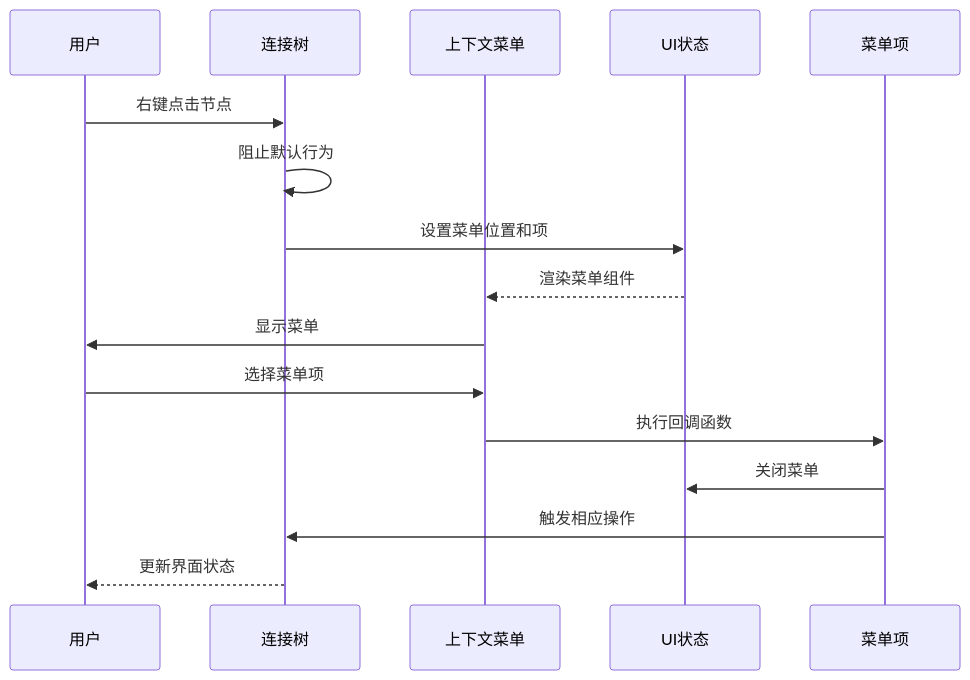
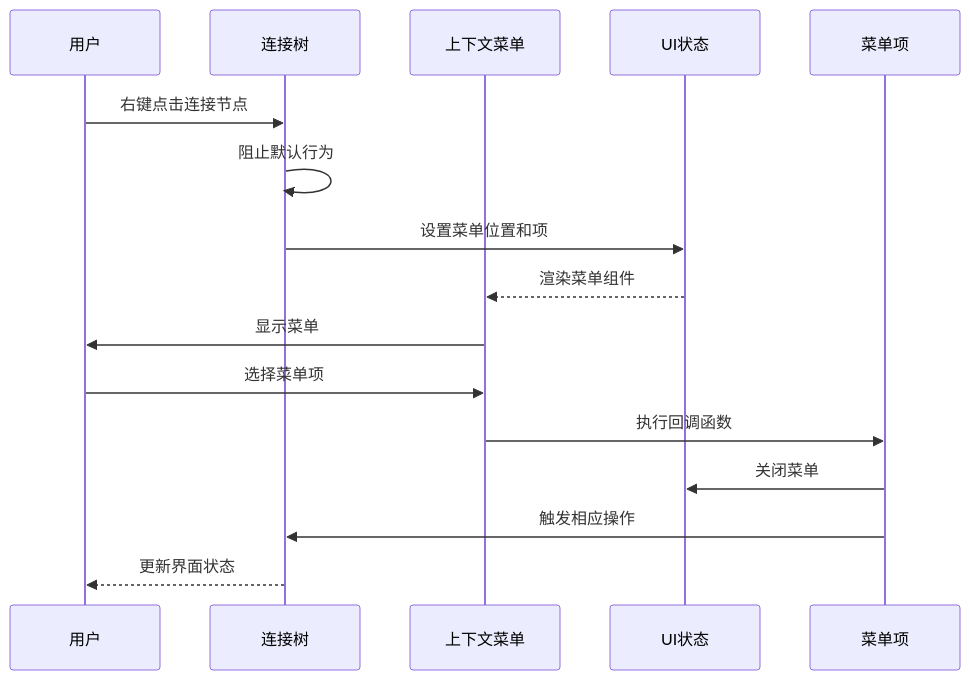
The tenth of 13 diagrams in .qoder/repowiki/zh/content/前端组件系统/连接树组件.md (wwenbo2048/nexsql), drawn with Mermaid before and after one commit. The commit also changed other lines of this file and 19 other files, not shown here.

````diff
--- a/.qoder/repowiki/zh/content/前端组件系统/连接树组件.md
+++ b/.qoder/repowiki/zh/content/前端组件系统/连接树组件.md
@@ -229,18 +582,18 @@
 ```mermaid
 sequenceDiagram
 participant User as 用户
 participant Tree as 连接树
 participant Menu as 上下文菜单
 participant Store as UI状态
 participant Action as 菜单项
-User->>Tree : 右键点击节点
+User->>Tree : 右键点击连接节点
 Tree->>Tree : 阻止默认行为
 Tree->>Store : 设置菜单位置和项
 Store-->>Menu : 渲染菜单组件
 Menu->>User : 显示菜单
 User->>Menu : 选择菜单项
 Menu->>Action : 执行回调函数
 Action->>Store : 关闭菜单
 Action->>Tree : 触发相应操作
 Tree-->>User : 更新界面状态
 ```
````
